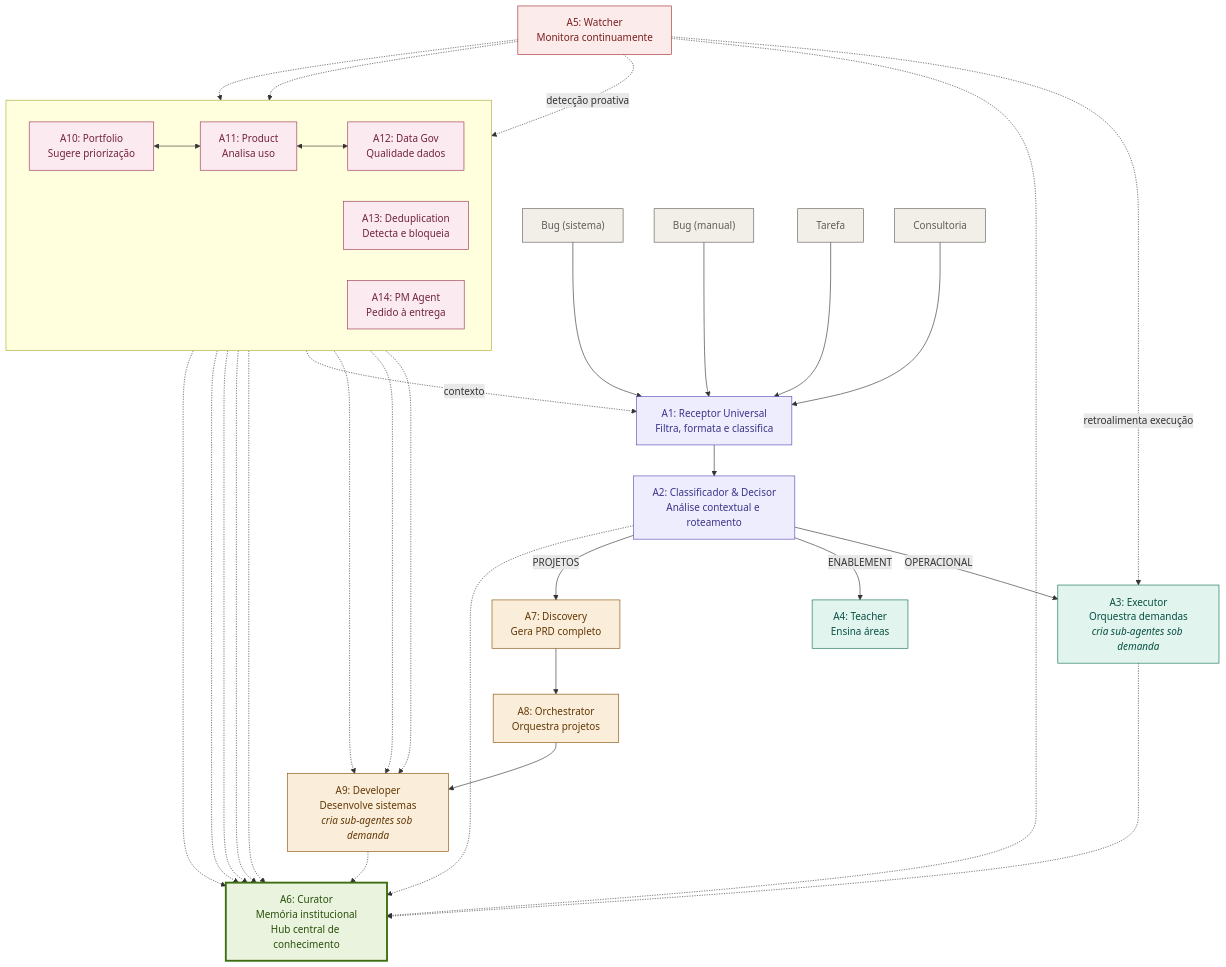
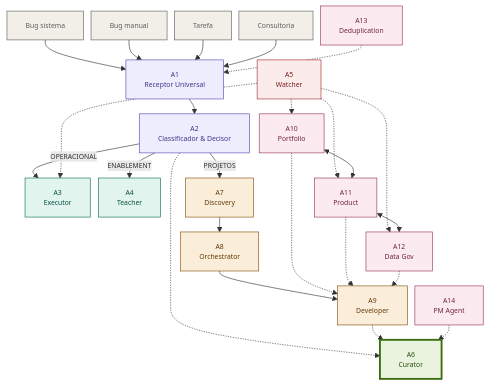
Before and after one commit to msilva-sys/wiki: the diagram in sources/Fluxo Agêntico diagram.md, drawn with Mermaid. The commit also changed other lines of this file and 1 other file, not shown here.

Commit message:
refactor | shrink Fluxo Agêntico Mermaid diagram, fix overflow

````diff
--- a/sources/Fluxo Agêntico diagram.md
+++ b/sources/Fluxo Agêntico diagram.md
@@ -42,78 +42,69 @@
 ```mermaid
+%%{init: {'flowchart': {'nodeSpacing': 12, 'rankSpacing': 24, 'curve': 'basis'}, 'themeVariables': {'fontSize': '11px'}}}%%
 flowchart TD
-    BS["Bug (sistema)"]
-    BM["Bug (manual)"]
+    BS["Bug sistema"]
+    BM["Bug manual"]
     TA["Tarefa"]
     CO["Consultoria"]
 
     BS --> A1
     BM --> A1
     TA --> A1
     CO --> A1
 
-    A1["A1: Receptor Universal<br/>Filtra, formata e classifica"]
-    A2["A2: Classificador & Decisor<br/>Análise contextual e roteamento"]
+    A1["A1<br/>Receptor Universal"]
+    A2["A2<br/>Classificador &amp; Decisor"]
     A1 --> A2
 
     A2 -->|OPERACIONAL| A3
     A2 -->|ENABLEMENT| A4
     A2 -->|PROJETOS| A7
 
-    A3["A3: Executor<br/>Orquestra demandas<br/><i>cria sub-agentes sob demanda</i>"]
-    A4["A4: Teacher<br/>Ensina áreas"]
+    A3["A3<br/>Executor"]
+    A4["A4<br/>Teacher"]
 
-    A7["A7: Discovery<br/>Gera PRD completo"]
-    A8["A8: Orchestrator<br/>Orquestra projetos"]
-    A9["A9: Developer<br/>Desenvolve sistemas<br/><i>cria sub-agentes sob demanda</i>"]
+    A7["A7<br/>Discovery"]
+    A8["A8<br/>Orchestrator"]
+    A9["A9<br/>Developer"]
     A7 --> A8 --> A9
 
-    A5["A5: Watcher<br/>Monitora continuamente"]
-    A5 -. retroalimenta execução .-> A3
-    A5 -. detecção proativa .-> A10
+    A5["A5<br/>Watcher"]
+    A5 -.-> A3
+    A5 -.-> A10
     A5 -.-> A11
     A5 -.-> A12
 
-    subgraph TRANSV [" "]
-        direction LR
-        A10["A10: Portfolio<br/>Sugere priorização"]
-        A11["A11: Product<br/>Analisa uso"]
-        A12["A12: Data Gov<br/>Qualidade dados"]
-        A13["A13: Deduplication<br/>Detecta e bloqueia"]
-        A14["A14: PM Agent<br/>Pedido à entrega"]
-    end
+    A10["A10<br/>Portfolio"]
+    A11["A11<br/>Product"]
+    A12["A12<br/>Data Gov"]
+    A13["A13<br/>Deduplication"]
+    A14["A14<br/>PM Agent"]
 
     A10 <--> A11
     A11 <--> A12
     A10 -.-> A9
     A11 -.-> A9
     A12 -.-> A9
+    A13 -.-> A1
 
-    A13 -. contexto .-> A1
-
-    A6["A6: Curator<br/>Memória institucional<br/>Hub central de conhecimento"]
+    A6["A6<br/>Curator"]
     A2 -.-> A6
-    A3 -.-> A6
     A9 -.-> A6
-    A5 -.-> A6
-    A10 -.-> A6
-    A11 -.-> A6
-    A12 -.-> A6
-    A13 -.-> A6
     A14 -.-> A6
 
     classDef channel fill:#F1EFE8,stroke:#5F5E5A,color:#5F5E5A
     classDef intake fill:#EEEDFE,stroke:#534AB7,color:#3C3489
     classDef ops fill:#E1F5EE,stroke:#0F6E56,color:#085041
     classDef proj fill:#FAEEDA,stroke:#854F0B,color:#633806
     classDef watch fill:#FCEBEB,stroke:#A32D2D,color:#791F1F
     classDef transv fill:#FBEAF0,stroke:#993556,color:#72243E
     classDef curator fill:#EAF3DE,stroke:#3B6D11,color:#27500A,stroke-width:3px
 
     class BS,BM,TA,CO channel
     class A1,A2 intake
     class A3,A4 ops
     class A7,A8,A9 proj
     class A5 watch
     class A10,A11,A12,A13,A14 transv
     class A6 curator
 ```
````
